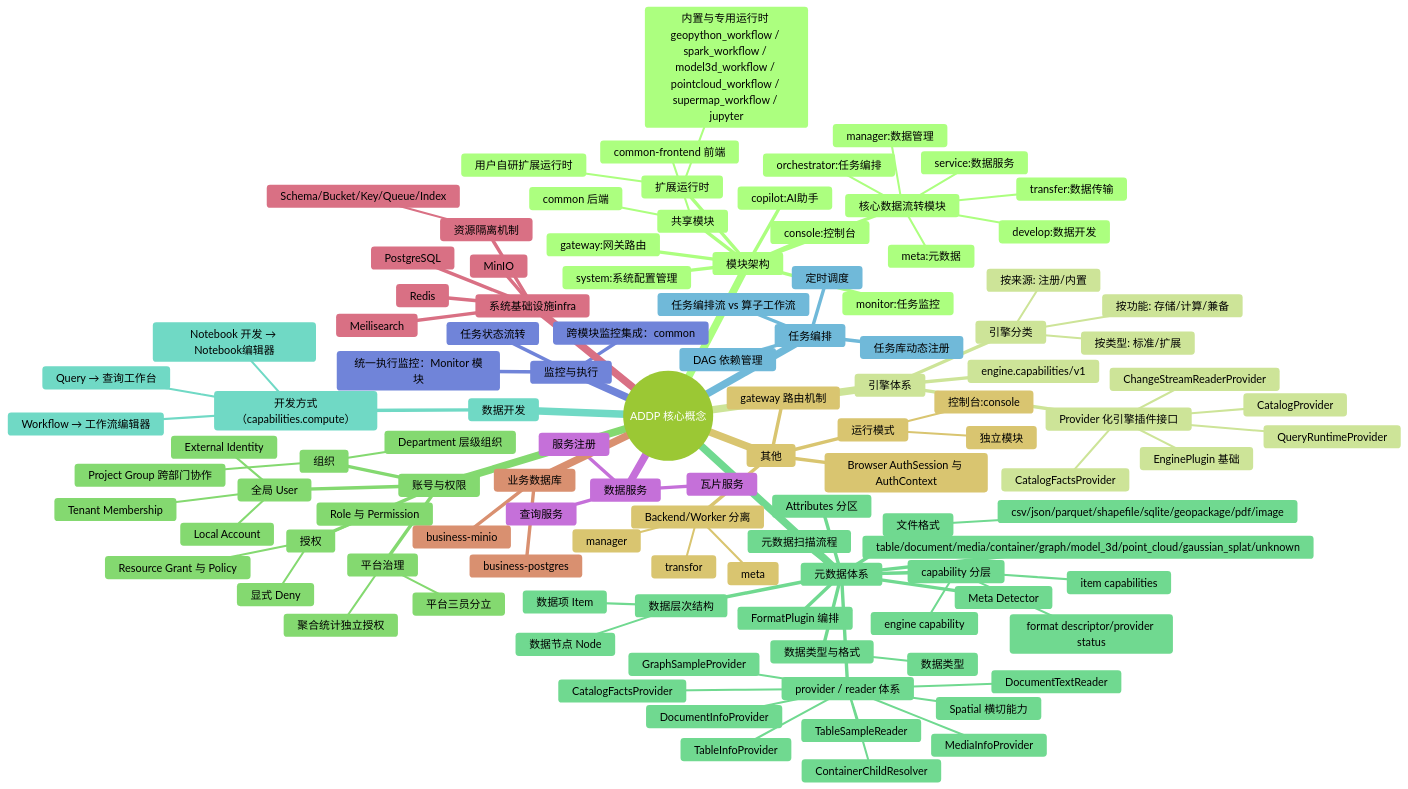
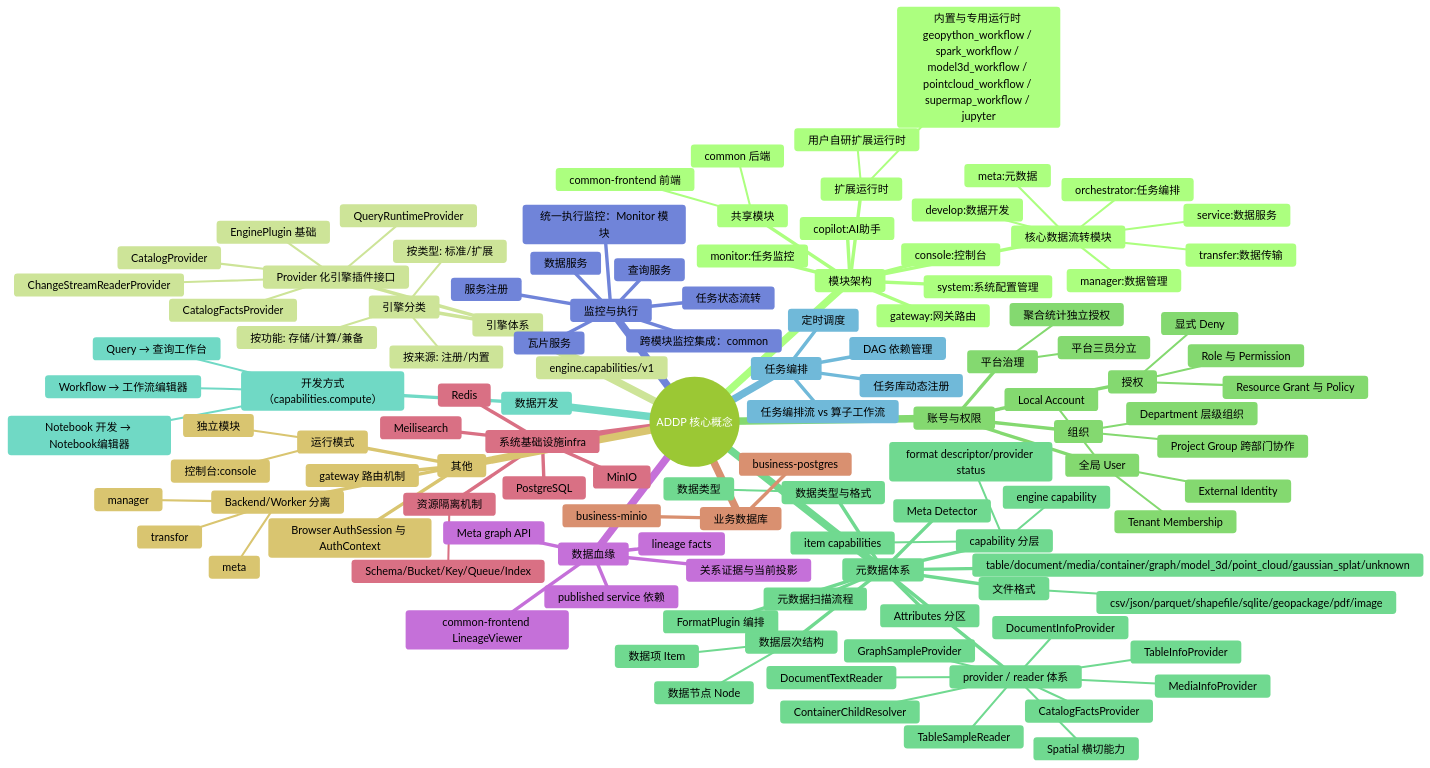
One commit to pampa0629/addp changed the first of 2 diagrams in docs/concepts/addp核心概念关系图.md. Above: the diagram before and after it, drawn with Mermaid (forest theme). The commit also changed other lines of this file and 665 other files, not shown here.

```diff
--- a/docs/concepts/addp核心概念关系图.md
+++ b/docs/concepts/addp核心概念关系图.md
@@ -106,10 +106,16 @@
       统一执行监控：Monitor 模块
       任务状态流转
       跨模块监控集成：common
-    数据服务
+      数据服务
       查询服务
       瓦片服务
       服务注册
+    数据血缘
+      lineage facts
+      关系证据与当前投影
+      published service 依赖
+      Meta graph API
+      common-frontend LineageViewer
     系统基础设施infra
       PostgreSQL
       Redis
```
